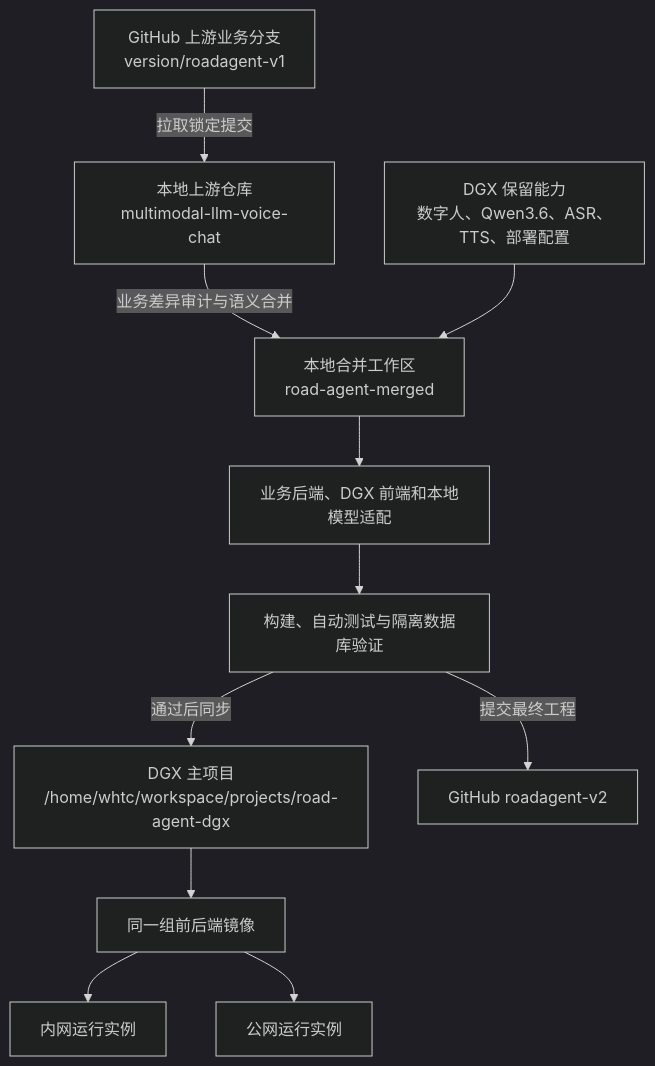
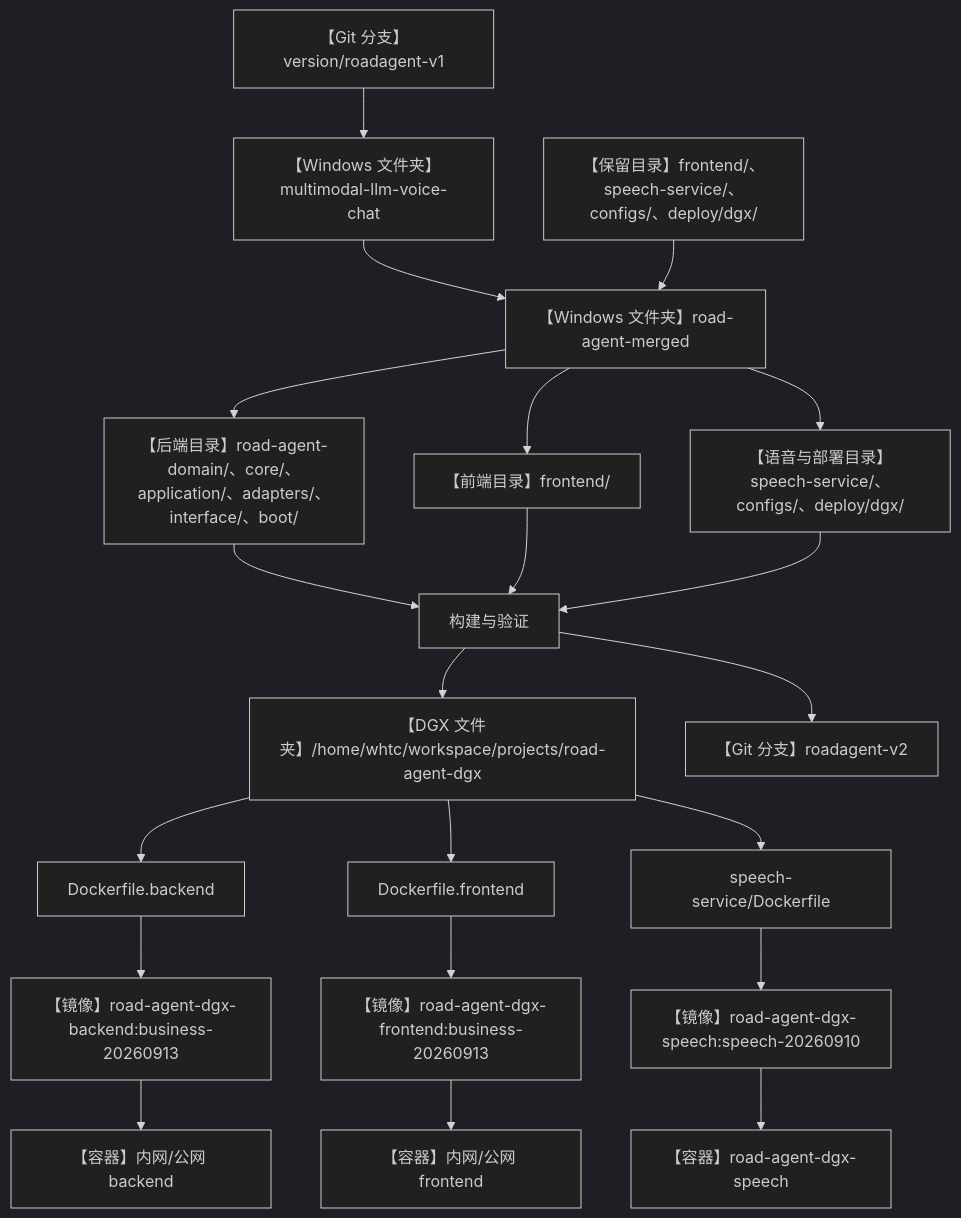
Before and after one commit to 555apex/multimodal-llm-voice-chat: the first of 2 diagrams in docs/CURRENT_SYNC_AND_ACCESS.md, drawn with Mermaid (dark theme). The commit also changed other lines of this file and 3 other files, not shown here.

````diff
--- a/docs/CURRENT_SYNC_AND_ACCESS.md
+++ b/docs/CURRENT_SYNC_AND_ACCESS.md
@@ -7,13 +7,17 @@
 ```mermaid
 flowchart TD
-    A["GitHub 上游业务分支<br/>version/roadagent-v1"] -->|拉取锁定提交| B["本地上游仓库<br/>multimodal-llm-voice-chat"]
-    B -->|业务差异审计与语义合并| C["本地合并工作区<br/>road-agent-merged"]
-    D["DGX 保留能力<br/>数字人、Qwen3.6、ASR、TTS、部署配置"] --> C
-    C --> E["业务后端、DGX 前端和本地模型适配"]
-    E --> F["构建、自动测试与隔离数据库验证"]
-    F -->|通过后同步| G["DGX 主项目<br/>/home/whtc/workspace/projects/road-agent-dgx"]
-    F -->|提交最终工程| H["GitHub roadagent-v2"]
-    G --> I["同一组前后端镜像"]
-    I --> J["内网运行实例"]
-    I --> K["公网运行实例"]
+    A["【Git 分支】version/roadagent-v1"] --> B["【Windows 文件夹】multimodal-llm-voice-chat"]
+    B --> C["【Windows 文件夹】road-agent-merged"]
+    D["【保留目录】frontend/、speech-service/、configs/、deploy/dgx/"] --> C
+    C --> E["【后端目录】road-agent-domain/、core/、application/、adapters/、interface/、boot/"]
+    C --> F["【前端目录】frontend/"]
+    C --> G["【语音与部署目录】speech-service/、configs/、deploy/dgx/"]
+    E --> H["构建与验证"]
+    F --> H
+    G --> H
+    H --> I["【DGX 文件夹】/home/whtc/workspace/projects/road-agent-dgx"]
+    H --> J["【Git 分支】roadagent-v2"]
+    I --> KB["Dockerfile.backend"] --> LB["【镜像】road-agent-dgx-backend:business-20260913"] --> MB["【容器】内网/公网 backend"]
+    I --> KF["Dockerfile.frontend"] --> LF["【镜像】road-agent-dgx-frontend:business-20260913"] --> MF["【容器】内网/公网 frontend"]
+    I --> KS["speech-service/Dockerfile"] --> LS["【镜像】road-agent-dgx-speech:speech-20260910"] --> MS["【容器】road-agent-dgx-speech"]
 ```
````
